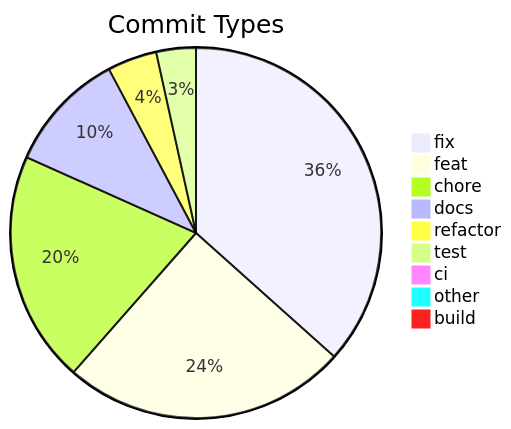
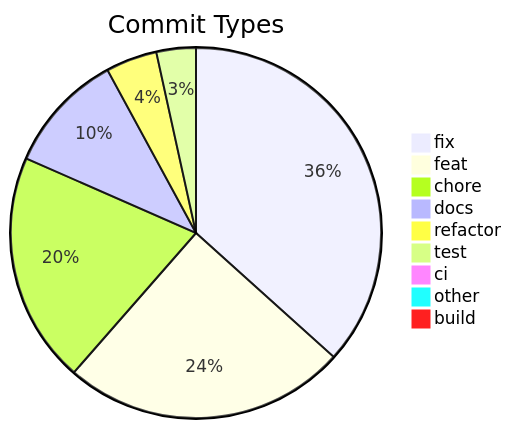
Before and after one commit to svenroth-ai/shipwright-webui: the diagram in .shipwright/compliance/change-history.md, drawn with Mermaid. The commit also changed other lines of this file and 25 other files, not shown here.

````diff
--- a/.shipwright/compliance/change-history.md
+++ b/.shipwright/compliance/change-history.md
@@ -8,12 +8,12 @@
 ```mermaid
 pie title Commit Types
-    "fix" : 212
+    "fix" : 213
     "feat" : 144
     "chore" : 117
     "docs" : 61
-    "refactor" : 25
+    "refactor" : 26
     "test" : 20
     "ci" : 5
     "other" : 4
     "build" : 1
 ```
````
